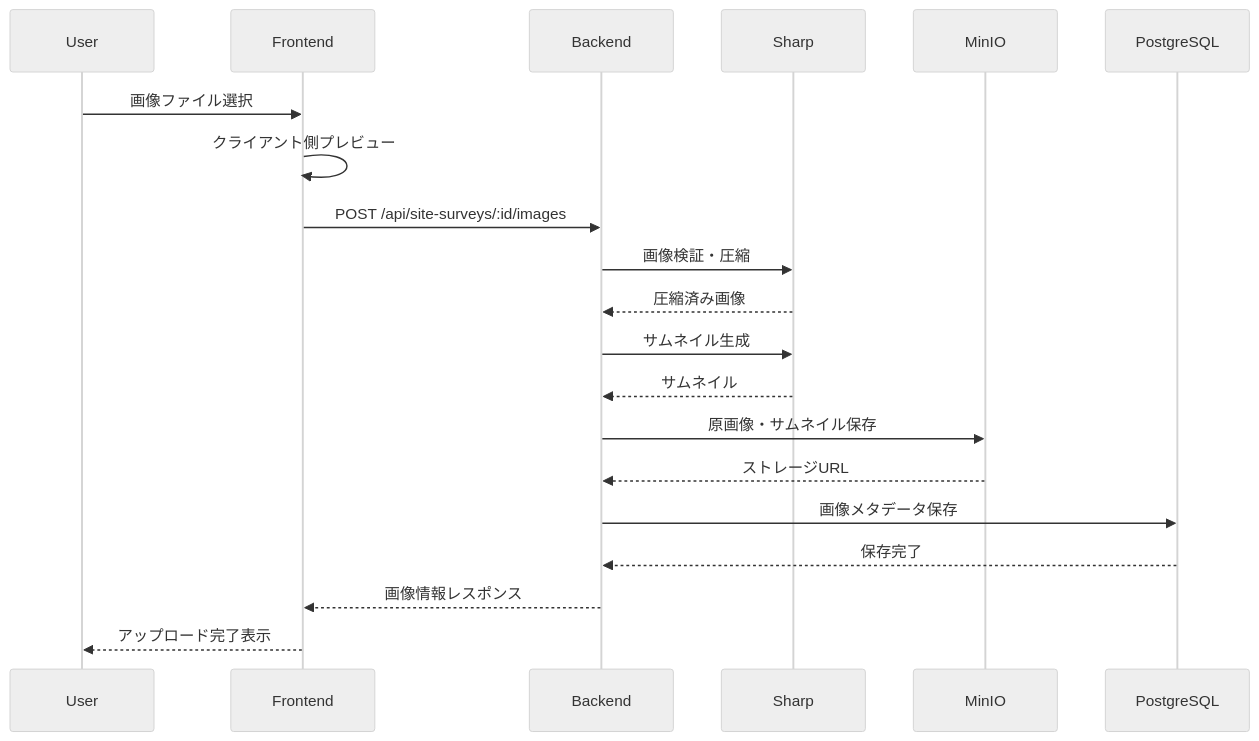
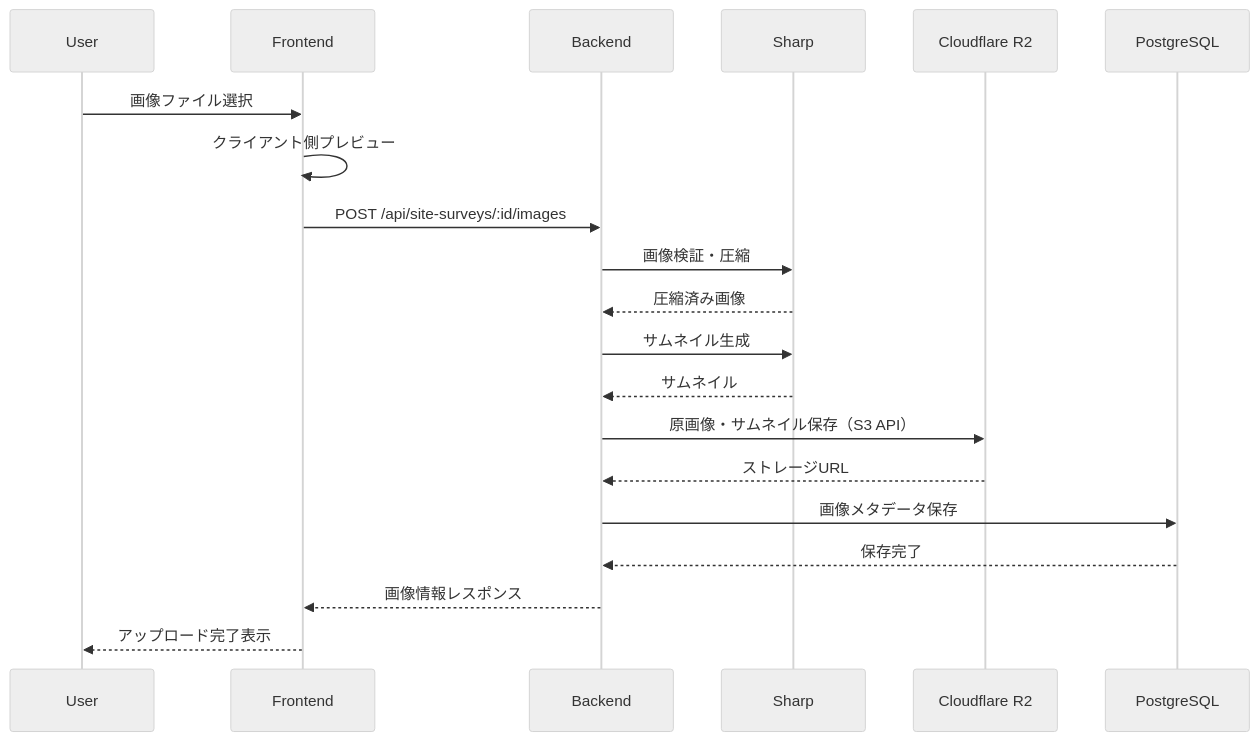
The second of 5 diagrams in .kiro/specs/site-survey/design.md (inakanou/ArchiTrack), drawn with Mermaid (neutral theme) before and after one commit. The commit also changed other lines of this file and 1 other file, not shown here.

````diff
--- a/.kiro/specs/site-survey/design.md
+++ b/.kiro/specs/site-survey/design.md
@@ -125,23 +125,23 @@
 ```mermaid
 sequenceDiagram
     participant User
     participant Frontend
     participant Backend
     participant Sharp
-    participant MinIO
+    participant R2 as Cloudflare R2
     participant PostgreSQL
 
     User->>Frontend: 画像ファイル選択
     Frontend->>Frontend: クライアント側プレビュー
     Frontend->>Backend: POST /api/site-surveys/:id/images
     Backend->>Sharp: 画像検証・圧縮
     Sharp-->>Backend: 圧縮済み画像
     Backend->>Sharp: サムネイル生成
     Sharp-->>Backend: サムネイル
-    Backend->>MinIO: 原画像・サムネイル保存
-    MinIO-->>Backend: ストレージURL
+    Backend->>R2: 原画像・サムネイル保存（S3 API）
+    R2-->>Backend: ストレージURL
     Backend->>PostgreSQL: 画像メタデータ保存
     PostgreSQL-->>Backend: 保存完了
     Backend-->>Frontend: 画像情報レスポンス
     Frontend-->>User: アップロード完了表示
 ```
````
